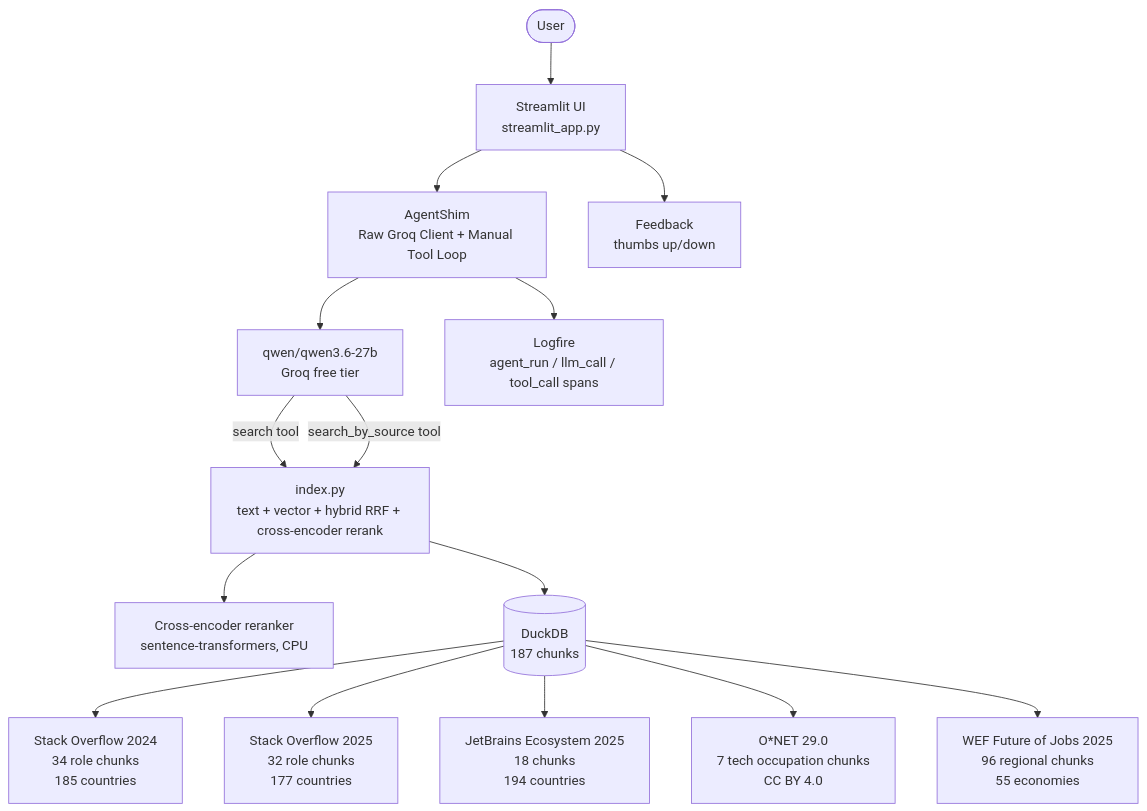
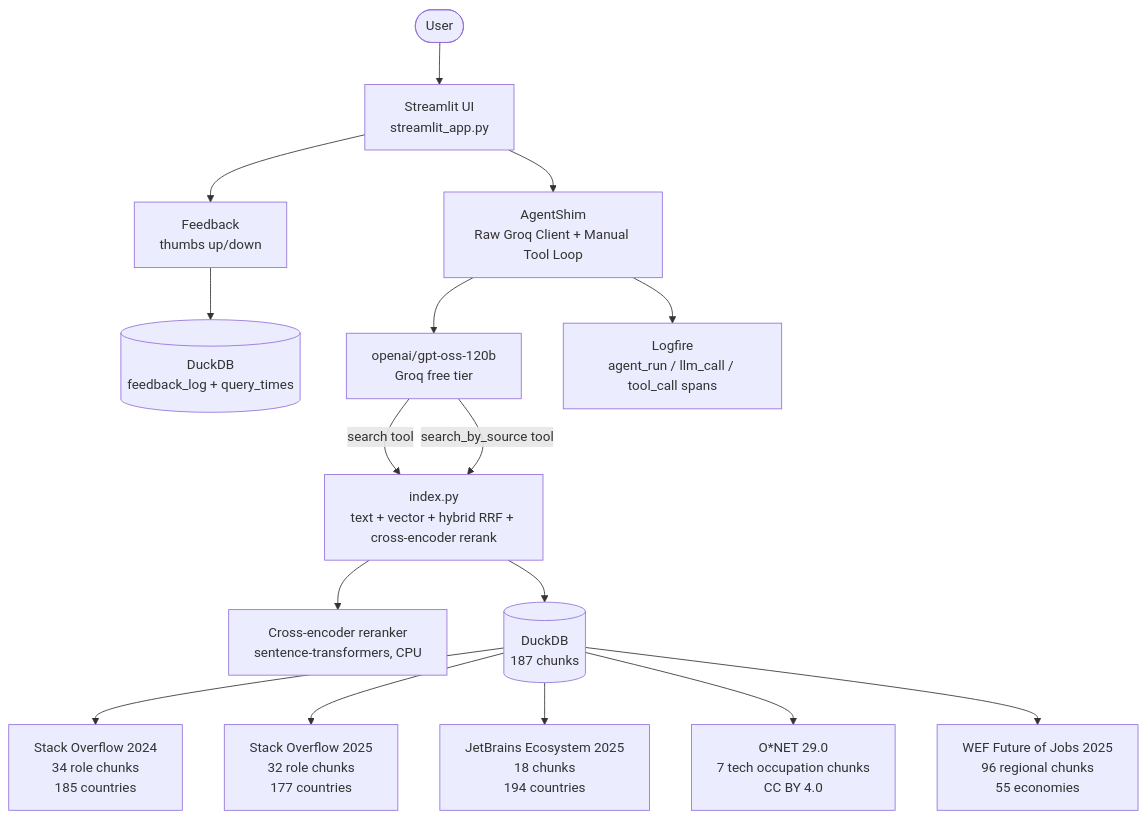
Before and after one commit to Kalestahr/devpath: the diagram in README.md, drawn with Mermaid. The commit also changed other lines of this file and 1 other file, not shown here.

````diff
--- a/README.md
+++ b/README.md
@@ -107,17 +107,18 @@
 ```mermaid
 flowchart TD
     U([User]) --> ST[Streamlit UI\nstreamlit_app.py]
     ST --> AG[AgentShim\nRaw Groq Client + Manual Tool Loop]
     ST --> FB[Feedback\nthumbs up/down]
-    AG --> LLM[qwen/qwen3.6-27b\nGroq free tier]
+    FB --> MON[(DuckDB\nfeedback_log + query_times)]
+    AG --> LLM[openai/gpt-oss-120b\nGroq free tier]
     AG --> LF[Logfire\nagent_run / llm_call / tool_call spans]
     LLM -->|search tool| IDX[index.py\ntext + vector + hybrid RRF + cross-encoder rerank]
     LLM -->|search_by_source tool| IDX
     IDX --> RR[Cross-encoder reranker\nsentence-transformers, CPU]
     IDX --> DB[(DuckDB\n187 chunks)]
     DB --> SO24[Stack Overflow 2024\n34 role chunks\n185 countries]
     DB --> SO25[Stack Overflow 2025\n32 role chunks\n177 countries]
     DB --> JB[JetBrains Ecosystem 2025\n18 chunks\n194 countries]
     DB --> ON[O*NET 29.0\n7 tech occupation chunks\nCC BY 4.0]
     DB --> WEF[WEF Future of Jobs 2025\n96 regional chunks\n55 economies]
 ```
````
